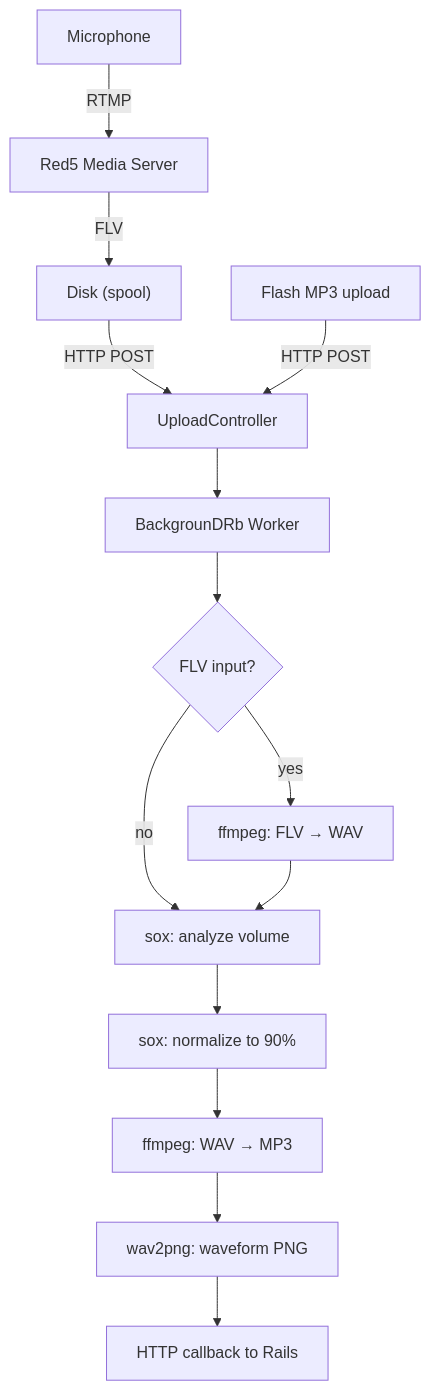
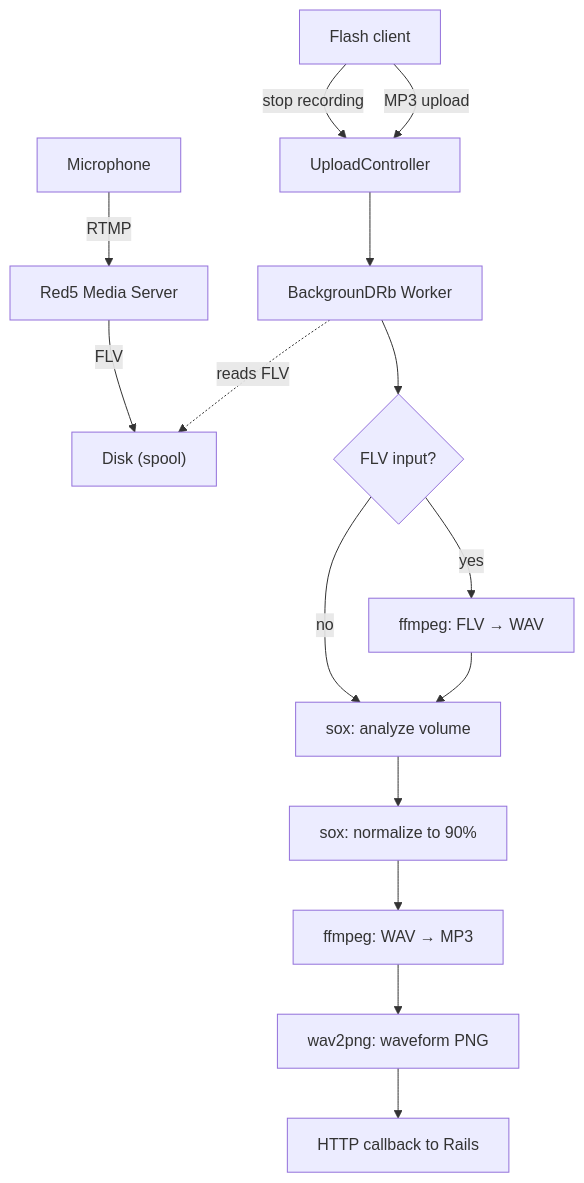
Before and after one commit to vjt/sindro.me: the diagram in content/posts/2010-10-18-myousica-from-microphone-to-mp3/index.en.md, drawn with Mermaid. The commit also changed 1 other file, not shown here.

Commit message:
Fix pipeline diagram: Flash client orchestrates, worker reads spool
The disk spool doesn't POST anywhere — the Flash client triggers the
UploadController (for both recordings and direct uploads), and the
BackgrounDRb worker reads the FLV from the shared spool directory.

````diff
--- a/content/posts/2010-10-18-myousica-from-microphone-to-mp3/index.en.md
+++ b/content/posts/2010-10-18-myousica-from-microphone-to-mp3/index.en.md
@@ -18,16 +18,17 @@
 ```mermaid
 graph TD
     MIC["Microphone"] -->|RTMP| RED5["Red5 Media Server"]
     RED5 -->|FLV| DISK["Disk (spool)"]
-    DISK -->|HTTP POST| UC["UploadController"]
-    UPLOAD["Flash MP3 upload"] -->|HTTP POST| UC
+    FLASH["Flash client"] -->|"stop recording"| UC["UploadController"]
+    FLASH -->|"MP3 upload"| UC
     UC --> BG["BackgrounDRb Worker"]
+    BG -.->|reads FLV| DISK
     BG --> FLV{"FLV input?"}
     FLV -->|yes| WAV1["ffmpeg: FLV → WAV"]
     FLV -->|no| ANALYZE
     WAV1 --> ANALYZE["sox: analyze volume"]
     ANALYZE --> NORM["sox: normalize to 90%"]
     NORM --> ENCODE["ffmpeg: WAV → MP3"]
     ENCODE --> WAVE["wav2png: waveform PNG"]
     WAVE --> CALLBACK["HTTP callback to Rails"]
 ```
````
